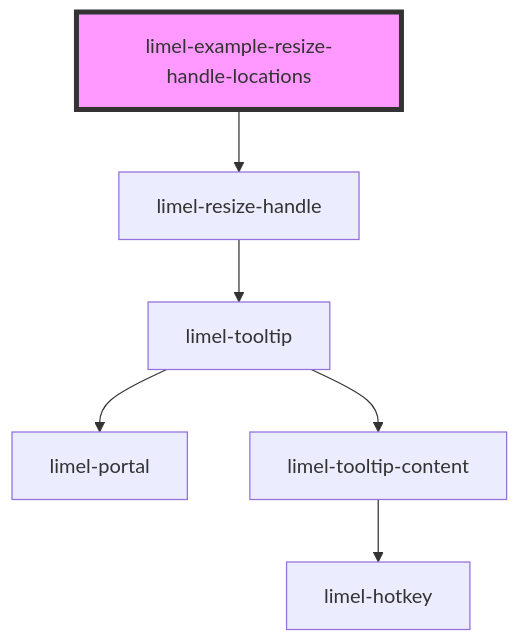
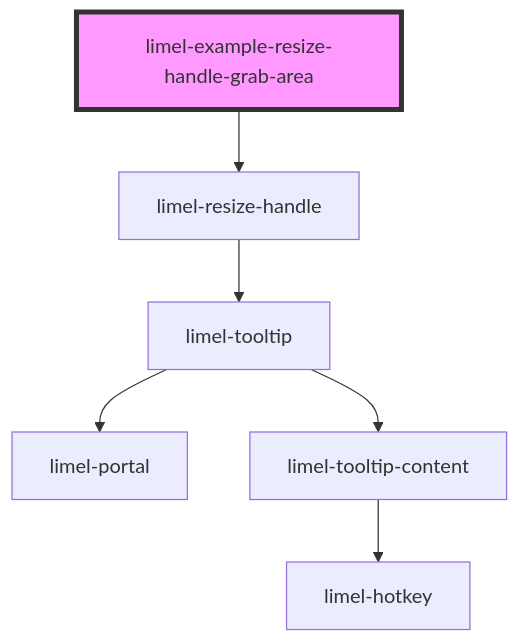
One commit to Lundalogik/lime-elements changed the diagram in versions/PR-4459/markdown-docs/components/resize-handle/examples/readme.md. Above: the diagram before and after it, drawn with Mermaid. The commit also changed other lines of this file and 2 other files, not shown here.

````diff
--- a/versions/PR-4459/markdown-docs/components/resize-handle/examples/readme.md
+++ b/versions/PR-4459/markdown-docs/components/resize-handle/examples/readme.md
@@ -26,9 +24,9 @@
 ```mermaid
 graph TD;
-  limel-example-resize-handle-locations --> limel-resize-handle
+  limel-example-resize-handle-grab-area --> limel-resize-handle
   limel-resize-handle --> limel-tooltip
   limel-tooltip --> limel-portal
   limel-tooltip --> limel-tooltip-content
   limel-tooltip-content --> limel-hotkey
-  style limel-example-resize-handle-locations fill:#f9f,stroke:#333,stroke-width:4px
+  style limel-example-resize-handle-grab-area fill:#f9f,stroke:#333,stroke-width:4px
 ```
````
